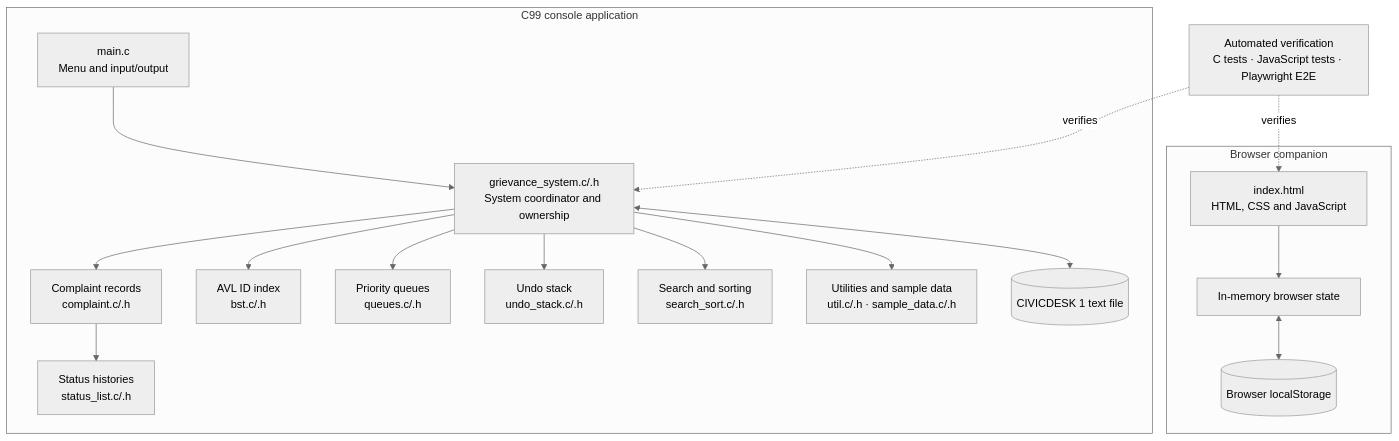
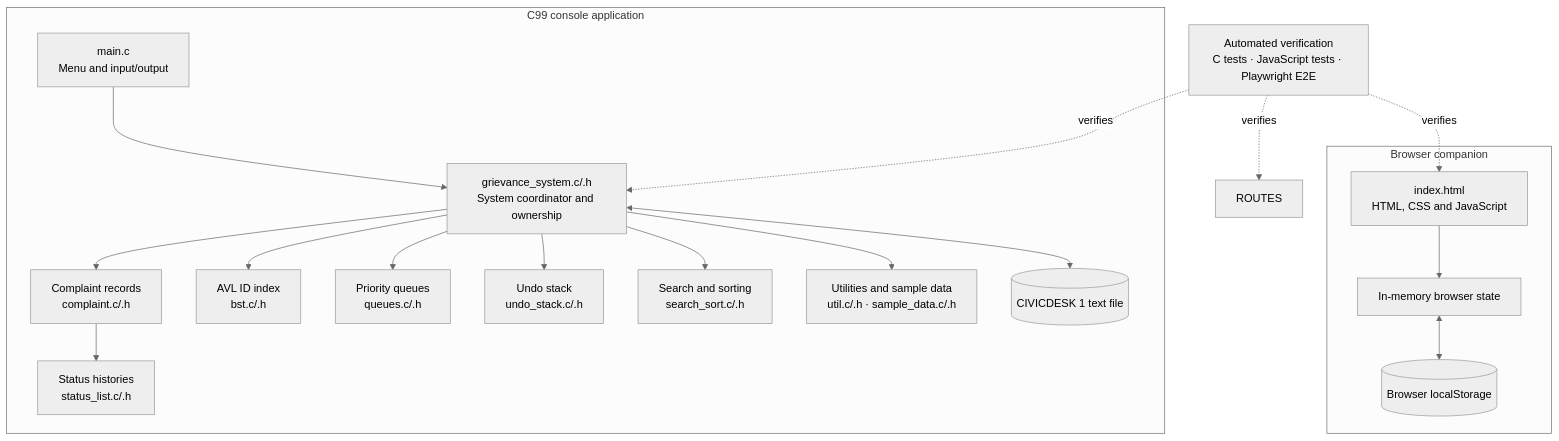
Before and after one commit to pulegarisashikirran/civicdesk-grievance-system: the first of 3 diagrams in docs/ARCHITECTURE.md, drawn with Mermaid (neutral theme). The commit also changed other lines of this file, not shown here.

Commit message:
Document optional REST API architecture

````diff
--- a/docs/ARCHITECTURE.md
+++ b/docs/ARCHITECTURE.md
@@ -12,36 +13,37 @@
 ```mermaid
 flowchart TB
     subgraph Console["C99 console application"]
         UI["main.c\nMenu and input/output"]
         SYS["grievance_system.c/.h\nSystem coordinator and ownership"]
         DATA["Complaint records\ncomplaint.c/.h"]
         AVL["AVL ID index\nbst.c/.h"]
         PQ["Priority queues\nqueues.c/.h"]
         HISTORY["Status histories\nstatus_list.c/.h"]
         UNDO["Undo stack\nundo_stack.c/.h"]
         SEARCH["Search and sorting\nsearch_sort.c/.h"]
         UTIL["Utilities and sample data\nutil.c/.h · sample_data.c/.h"]
         FILES[("CIVICDESK 1 text file")]
         UI --> SYS
         SYS --> DATA
         SYS --> AVL
         SYS --> PQ
         DATA --> HISTORY
         SYS --> UNDO
         SYS --> SEARCH
         SYS --> UTIL
         SYS <--> FILES
     end
 
     subgraph Browser["Browser companion"]
         PAGE["index.html\nHTML, CSS and JavaScript"]
         STATE["In-memory browser state"]
         STORE[("Browser localStorage")]
         PAGE --> STATE
         STATE <--> STORE
     end
 
     TESTS["Automated verification\nC tests · JavaScript tests · Playwright E2E"]
     TESTS -. verifies .-> SYS
     TESTS -. verifies .-> PAGE
+    TESTS -. verifies .-> ROUTES
 ```
````
